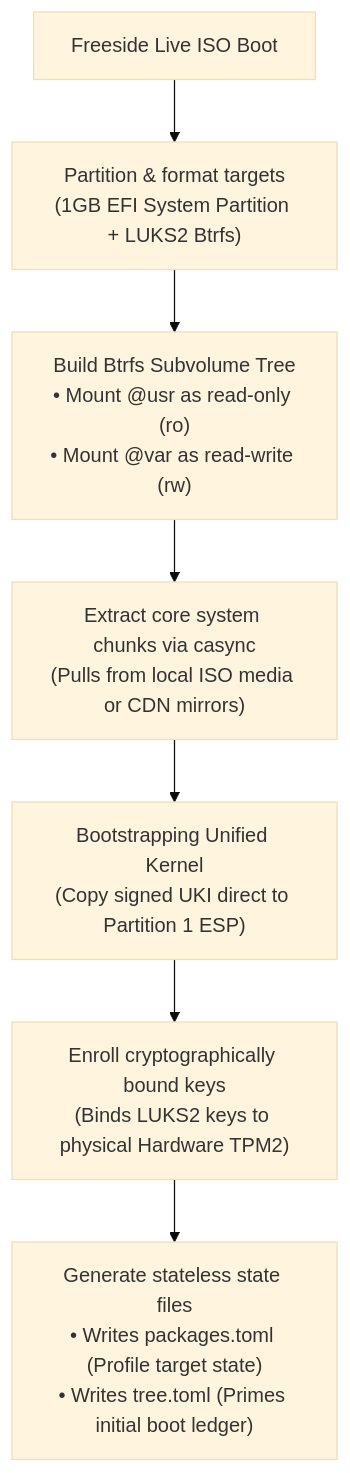
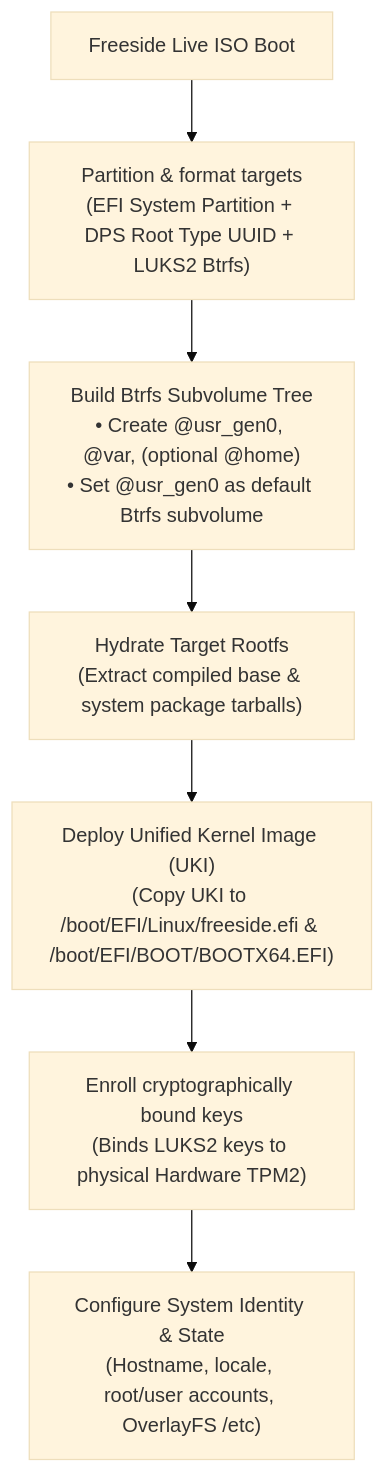
One commit to freeside-os/docs changed the second of 4 diagrams in specifications/system_architecture.md. Above: the diagram before and after it, drawn with Mermaid (base theme). The commit also changed other lines of this file and 7 other files, not shown here.

Commit message:
docs: sync workspace topology, package registry, live ISO build, and FLIP-0001 status

````diff
--- a/specifications/system_architecture.md
+++ b/specifications/system_architecture.md
@@ -149,17 +155,17 @@
 ```mermaid
 graph TD
     boot["Freeside Live ISO Boot"]
-    partition["Partition & format targets<br/>(1GB EFI System Partition + LUKS2 Btrfs)"]
-    subvol["Build Btrfs Subvolume Tree<br/>• Mount @usr as read-only (ro)<br/>• Mount @var as read-write (rw)"]
-    casync["Extract core system chunks via casync<br/>(Pulls from local ISO media or CDN mirrors)"]
-    kernel["Bootstrapping Unified Kernel<br/>(Copy signed UKI direct to Partition 1 ESP)"]
+    partition["Partition & format targets<br/>(EFI System Partition + DPS Root Type UUID + LUKS2 Btrfs)"]
+    subvol["Build Btrfs Subvolume Tree<br/>• Create @usr_gen0, @var, (optional @home)<br/>• Set @usr_gen0 as default Btrfs subvolume"]
+    seed["Hydrate Target Rootfs<br/>(Extract compiled base & system package tarballs)"]
+    kernel["Deploy Unified Kernel Image (UKI)<br/>(Copy UKI to /boot/EFI/Linux/freeside.efi & /boot/EFI/BOOT/BOOTX64.EFI)"]
     tpm["Enroll cryptographically bound keys<br/>(Binds LUKS2 keys to physical Hardware TPM2)"]
-    state["Generate stateless state files<br/>• Writes packages.toml (Profile target state)<br/>• Writes tree.toml (Primes initial boot ledger)"]
+    state["Configure System Identity & State<br/>(Hostname, locale, root/user accounts, OverlayFS /etc)"]
 
     boot --> partition
     partition --> subvol
-    subvol --> casync
-    casync --> kernel
+    subvol --> seed
+    seed --> kernel
     kernel --> tpm
     tpm --> state
 ```
````
